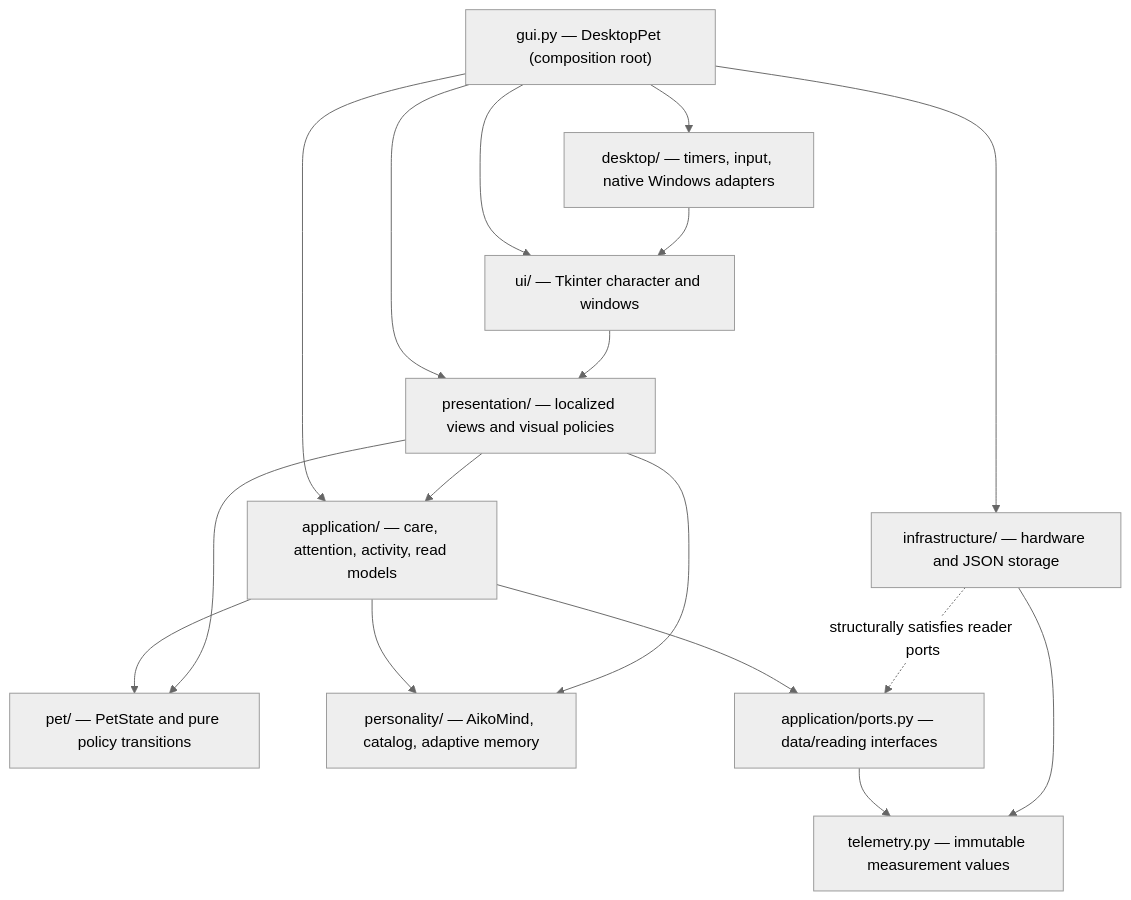
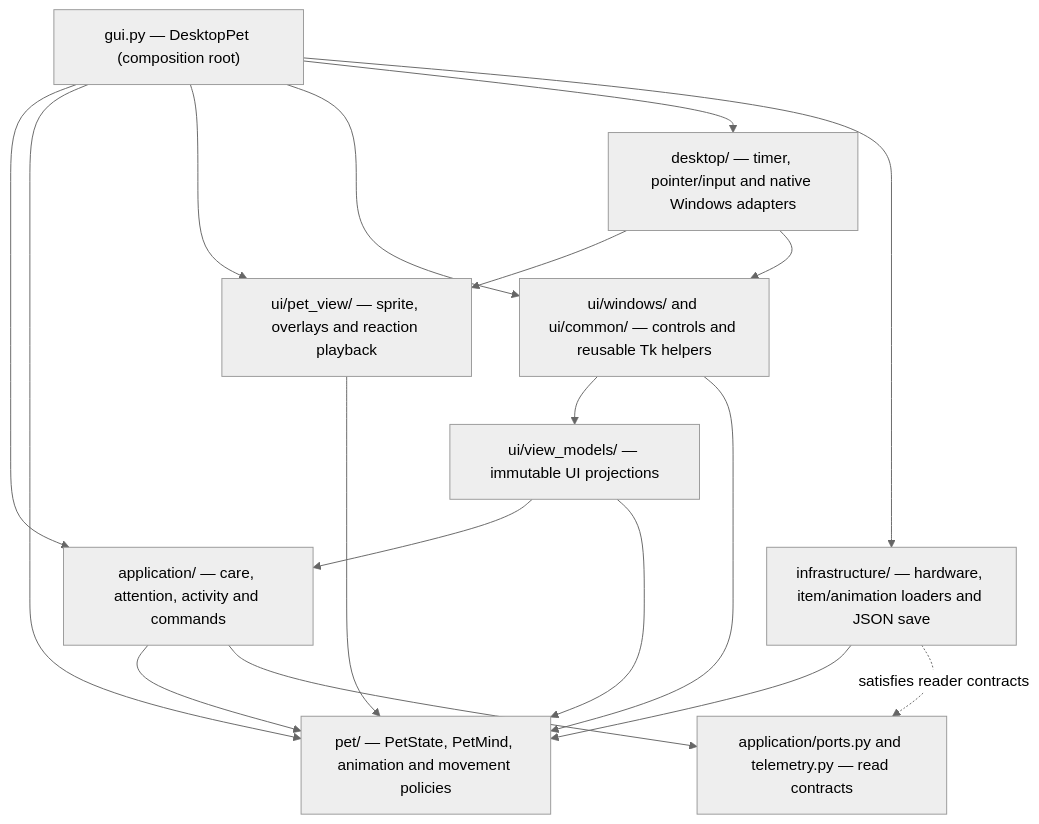
One commit to Lexoniarus/aiko-desktop-pet changed the diagram in docs/ARCHITECTURE.md. Above: the diagram before and after it, drawn with Mermaid (neutral theme). The commit also changed other lines of this file and 1 other file, not shown here.

Commit message:
docs(architecture): describe canonical pet, view and timing ownership

````diff
--- a/docs/ARCHITECTURE.md
+++ b/docs/ARCHITECTURE.md
@@ -9,30 +9,30 @@
 ```mermaid
 flowchart TB
     Shell["gui.py — DesktopPet (composition root)"]
-    App["application/ — care, attention, activity, read models"]
-    Domain["pet/ — PetState and pure policy transitions"]
-    Mind["personality/ — AikoMind, catalog, adaptive memory"]
-    Presentation["presentation/ — localized views and visual policies"]
-    Widgets["ui/ — Tkinter character and windows"]
-    Desktop["desktop/ — timers, input, native Windows adapters"]
-    Infra["infrastructure/ — hardware and JSON storage"]
-    Telemetry["telemetry.py — immutable measurement values"]
-    Ports["application/ports.py — data/reading interfaces"]
+    App["application/ — care, attention, activity and commands"]
+    Pet["pet/ — PetState, PetMind, animation and movement policies"]
+    View["ui/view_models/ — immutable UI projections"]
+    Sprite["ui/pet_view/ — sprite, overlays and reaction playback"]
+    Windows["ui/windows/ and ui/common/ — controls and reusable Tk helpers"]
+    Desktop["desktop/ — timer, pointer/input and native Windows adapters"]
+    Infra["infrastructure/ — hardware, item/animation loaders and JSON save"]
+    Ports["application/ports.py and telemetry.py — read contracts"]
 
     Shell --> App
-    Shell --> Presentation
-    Shell --> Widgets
+    Shell --> Pet
+    Shell --> Sprite
+    Shell --> Windows
     Shell --> Desktop
     Shell --> Infra
-    App --> Domain
-    App --> Mind
+    App --> Pet
     App --> Ports
-    Ports --> Telemetry
-    Infra --> Telemetry
-    Presentation --> App
-    Presentation --> Domain
-    Presentation --> Mind
-    Widgets --> Presentation
-    Desktop --> Widgets
-    Infra -. "structurally satisfies reader ports" .-> Ports
+    View --> App
+    View --> Pet
+    Sprite --> Pet
+    Windows --> View
+    Windows --> Pet
+    Desktop --> Sprite
+    Desktop --> Windows
+    Infra --> Pet
+    Infra -. "satisfies reader contracts" .-> Ports
 ```
````
